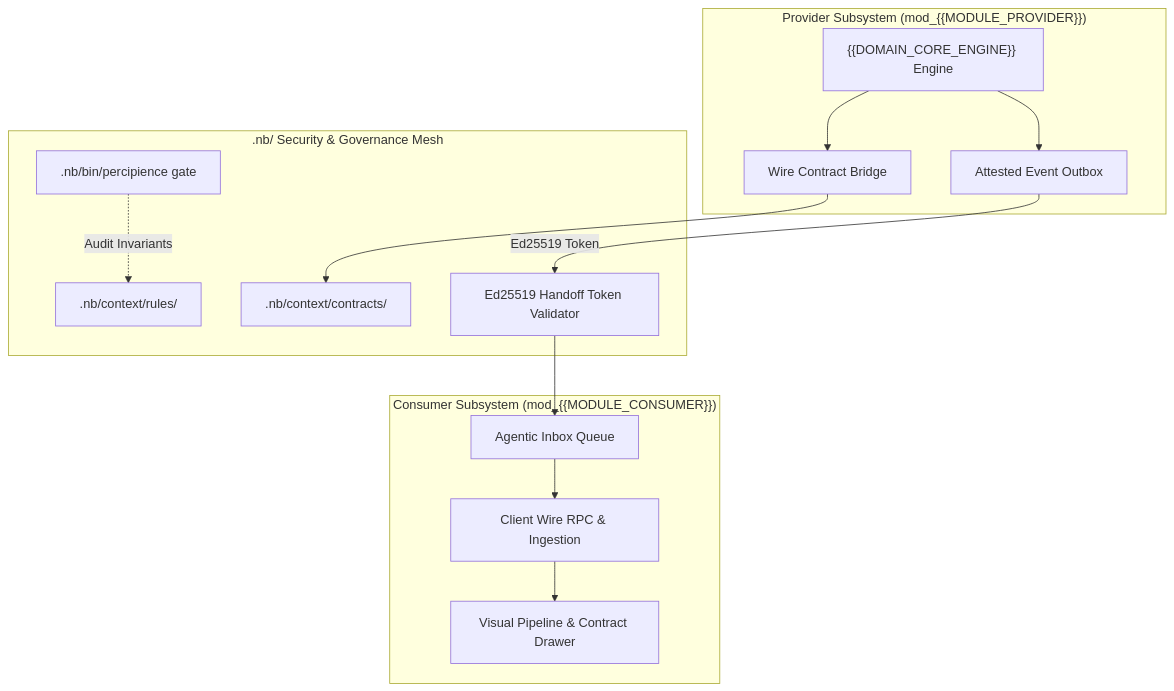
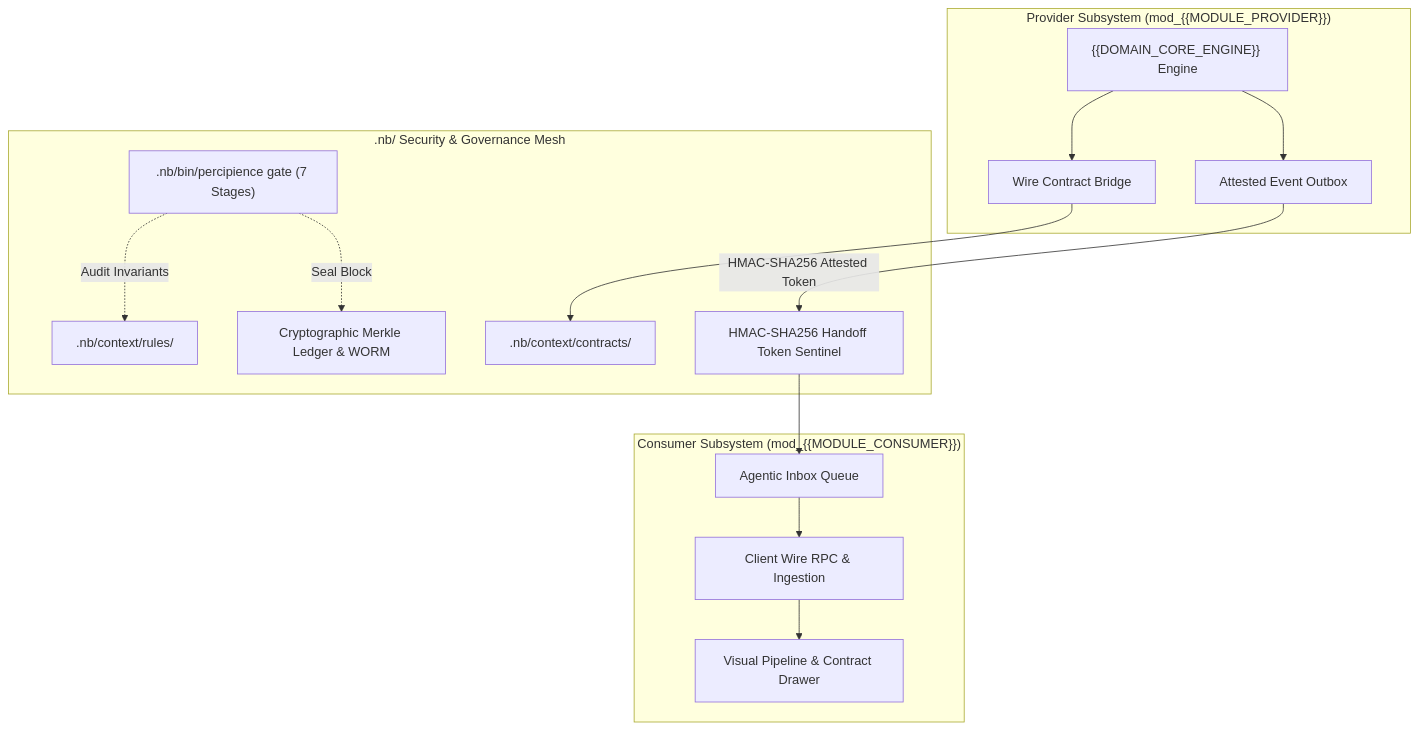
Before and after one commit to lakhwindersingh/nb_fairyfly: the diagram in .nb/plan/templates/concise.md, drawn with Mermaid. The commit also changed other lines of this file and 17 other files, not shown here.

````diff
--- a/.nb/plan/templates/concise.md
+++ b/.nb/plan/templates/concise.md
@@ -42,30 +50,32 @@
 ```mermaid
 graph TD
   subgraph Provider_Space["Provider Subsystem (mod_{{MODULE_PROVIDER}})"]
     CoreEngine["{{DOMAIN_CORE_ENGINE}} Engine"]
     ContractBridge["Wire Contract Bridge"]
     OutboxQueue["Attested Event Outbox"]
   end
 
   subgraph Consumer_Space["Consumer Subsystem (mod_{{MODULE_CONSUMER}})"]
     ClientRpc["Client Wire RPC & Ingestion"]
     InboxQueue["Agentic Inbox Queue"]
     PipelineDrawer["Visual Pipeline & Contract Drawer"]
   end
 
   subgraph Governance_Mesh[".nb/ Security & Governance Mesh"]
     DomainContracts[".nb/context/contracts/"]
     DomainRules[".nb/context/rules/"]
-    TokenValidator["Ed25519 Handoff Token Validator"]
-    PlatformGate[".nb/bin/percipience gate"]
+    TokenValidator["HMAC-SHA256 Handoff Token Sentinel"]
+    PlatformGate[".nb/bin/percipience gate (7 Stages)"]
+    MerkleChain["Cryptographic Merkle Ledger & WORM"]
   end
 
   CoreEngine --> ContractBridge
   ContractBridge --> DomainContracts
   CoreEngine --> OutboxQueue
-  OutboxQueue -->|Ed25519 Token| TokenValidator
+  OutboxQueue -->|HMAC-SHA256 Attested Token| TokenValidator
   TokenValidator --> InboxQueue
   InboxQueue --> ClientRpc
   ClientRpc --> PipelineDrawer
   PlatformGate -.->|Audit Invariants| DomainRules
+  PlatformGate -.->|Seal Block| MerkleChain
 ```
````
